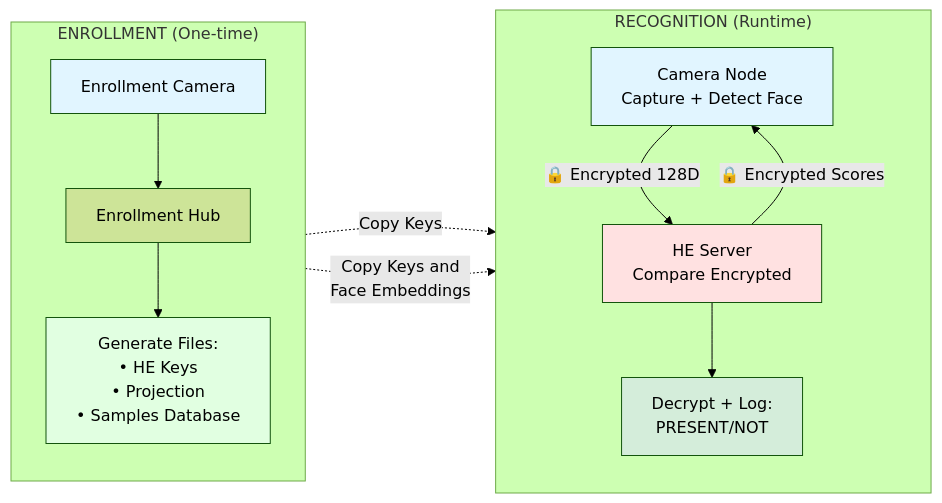
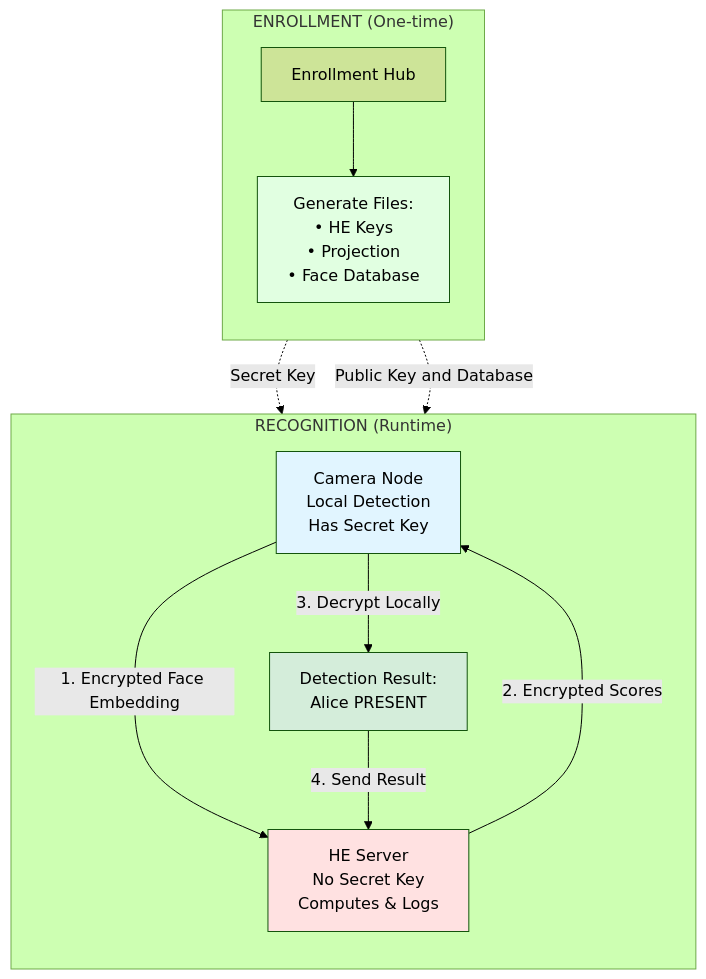
The diagram in README.md (nriley-14/homomorphic-face-detection), drawn with Mermaid (forest theme) before and after one commit. The commit also changed other lines of this file and 2 other files, not shown here.

Commit message:
Allow camera to send detection result to server

````diff
--- a/README.md
+++ b/README.md
@@ -27,25 +29,26 @@
 ```mermaid
-flowchart LR
+%%{init: {'flowchart': {'curve': 'basis'}}}%%
+flowchart TB
     subgraph enrollment["ENROLLMENT (One-time)"]
         direction TB
-        A[Enrollment Camera] --> B[Enrollment Hub]
-        B --> C[Generate Files:<br/>• HE Keys<br/>• Projection<br/>• Samples Database<br/>]
+        A[Enrollment Hub] --> B[Generate Files:<br/>• HE Keys<br/>• Projection<br/>• Face Database]
     end
 
     subgraph runtime["RECOGNITION (Runtime)"]
         direction TB
-        D[Camera Node<br/>Capture + Detect Face] -->|🔒 Encrypted 128D| E[HE Server<br/>Compare Encrypted]
-        E -->|🔒 Encrypted Scores| D
-        E --> F[Decrypt + Log:<br/>PRESENT/NOT]
-
+        C[Camera Node<br/>Local Detection<br/>Has Secret Key] -->|1. Encrypted Face Embedding| D[HE Server<br/>No Secret Key<br/>Computes & Logs]
+        D -->|2. Encrypted Scores| C
+        C -->|3. Decrypt Locally| E[Detection Result:<br/>Alice PRESENT<br/>]
+        E -->|4. Send Result| D
     end
 
-    C -.->|Copy Keys| D
-    C -.->|Copy Keys and<br/> Face Embeddings| E
+    %% Key distribution lines (no subgraph)
+    B -.->|Secret Key| C
+    B -.->|Public Key and Database| D
 
-    style A fill:#e1f5ff
-    style D fill:#e1f5ff
-    style E fill:#ffe1e1
-    style C fill:#e1ffe1
-    style F fill:#d4edda
+    style C fill:#e1f5ff
+    style D fill:#ffe1e1
+    style E fill:#d4edda
+    style B fill:#e1ffe1
+
 ```
````
